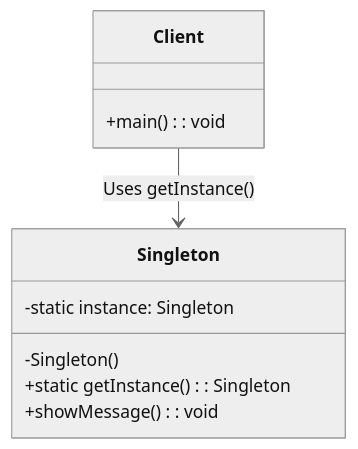
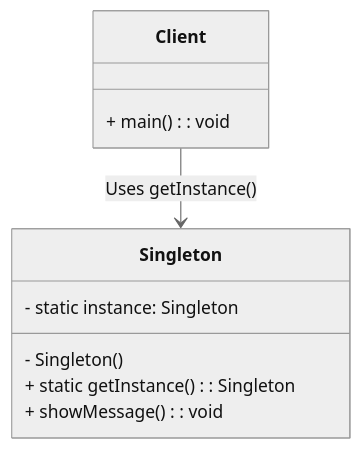
The third of 6 diagrams in _posts/2024-12-19-09.-classes-of-java.md (infoyouth/infoyouth.github.io), drawn with Mermaid (neutral theme) before and after one commit. The commit also changed other lines of this file and 1 other file, not shown here.

````diff
--- a/_posts/2024-12-19-09.-classes-of-java.md
+++ b/_posts/2024-12-19-09.-classes-of-java.md
@@ -244,13 +286,20 @@
 ```mermaid
 classDiagram
-    class Singleton{
-        -static instance: Singleton
-        -Singleton()
-        +static getInstance(): Singleton
-        +showMessage(): void
+    %% Classes
+    class Singleton {
+        - static instance: Singleton
+        - Singleton()
+        + static getInstance(): Singleton
+        + showMessage(): void
     }
-    class Client{
-        +main(): void
+    class Client {
+        + main(): void
     }
+
+    %% Relationships
     Client --> Singleton: Uses getInstance()
+
+    %% Style Definitions
+    classDef classNode fill:#4CAF50,stroke:#2E7D32,color:#FFFFFF,font-size:16px,stroke-width:2,rounded
+    classDef relationshipArrow stroke:#1976D2,stroke-width:2
 ```
````
